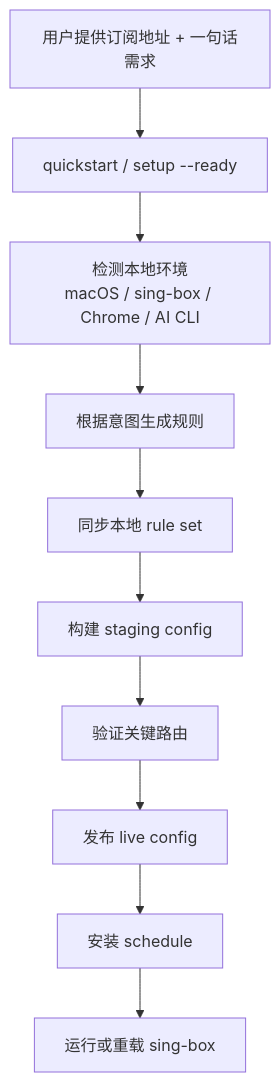
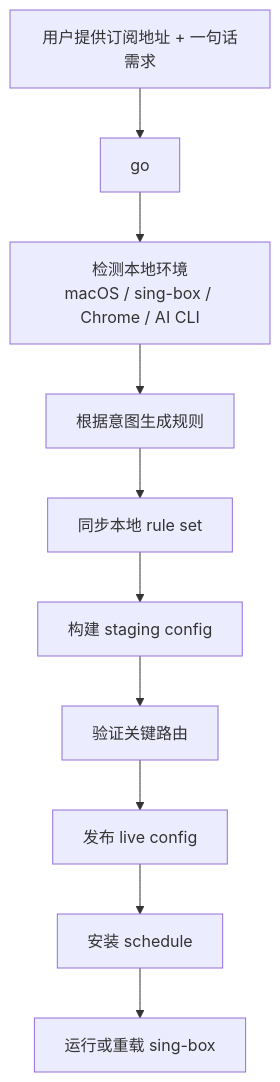
Before and after one commit to menlong999/singbox-iac: the second of 2 diagrams in README.md, drawn with Mermaid. The commit also changed other lines of this file and 128 other files, not shown here.

````diff
--- a/README.md
+++ b/README.md
@@ -63,12 +63,12 @@
 ```mermaid
 flowchart TD
-    A["用户提供订阅地址 + 一句话需求"] --> B["quickstart / setup --ready"]
+    A["用户提供订阅地址 + 一句话需求"] --> B["go"]
     B --> C["检测本地环境<br/>macOS / sing-box / Chrome / AI CLI"]
     C --> D["根据意图生成规则"]
     D --> E["同步本地 rule set"]
     E --> F["构建 staging config"]
     F --> G["验证关键路由"]
     G --> H["发布 live config"]
     H --> I["安装 schedule"]
     I --> J["运行或重载 sing-box"]
 ```
````
